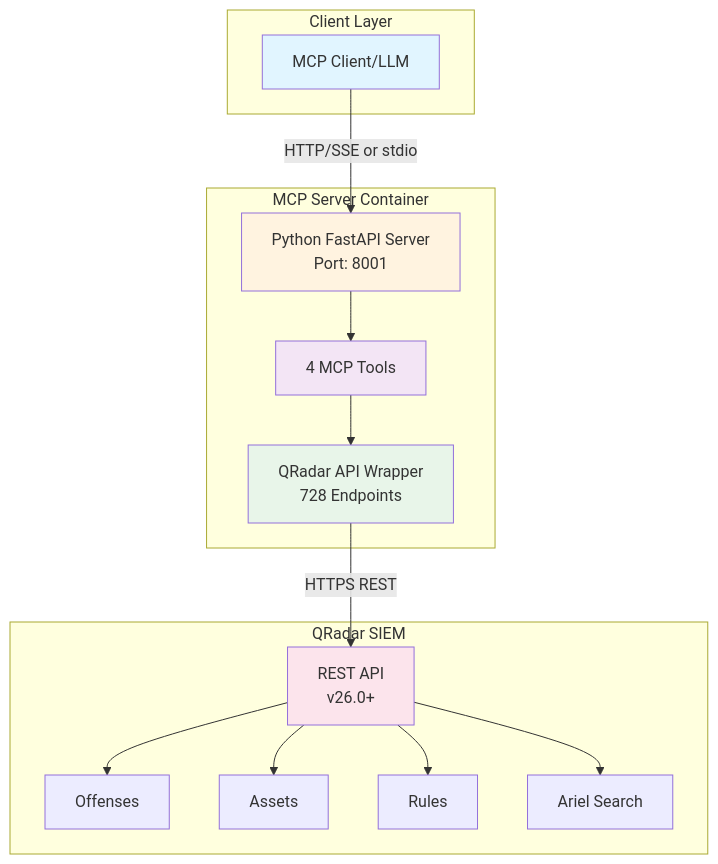
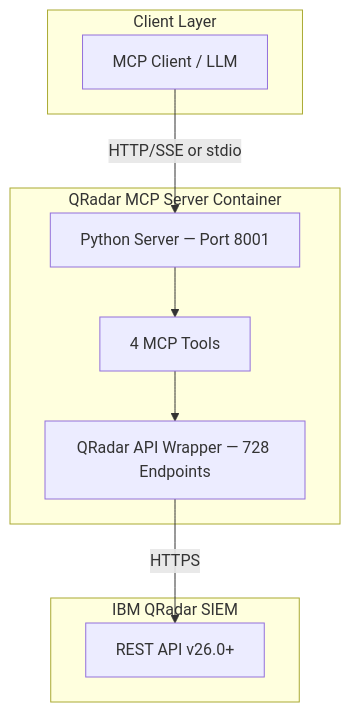
One commit to IBM/qradar-mcp-server changed the diagram in README.md. Above: the diagram before and after it, drawn with Mermaid. The commit also changed other lines of this file, not shown here.

First line of the commit message:
docs: refactor README with container-first tutorial

````diff
--- a/README.md
+++ b/README.md
@@ -45,35 +177,21 @@
 ```mermaid
 graph TB
     subgraph "Client Layer"
-        A[MCP Client/LLM] 
+        A[MCP Client / LLM]
     end
-    
-    subgraph "MCP Server Container"
-        B[Python FastAPI Server<br/>Port: 8001]
+
+    subgraph "QRadar MCP Server Container"
+        B[Python Server — Port 8001]
         C[4 MCP Tools]
-        D[QRadar API Wrapper<br/>728 Endpoints]
+        D[QRadar API Wrapper — 728 Endpoints]
     end
-    
-    subgraph "QRadar SIEM"
-        E[REST API<br/>v26.0+]
-        F[Offenses]
-        G[Assets]
-        H[Rules]
-        I[Ariel Search]
+
+    subgraph "IBM QRadar SIEM"
+        E[REST API v26.0+]
     end
-    
+
     A -->|HTTP/SSE or stdio| B
     B --> C
     C --> D
-    D -->|HTTPS REST| E
-    E --> F
-    E --> G
-    E --> H
-    E --> I
-    
-    style A fill:#e1f5ff
-    style B fill:#fff3e0
-    style C fill:#f3e5f5
-    style D fill:#e8f5e9
-    style E fill:#fce4ec
+    D -->|HTTPS| E
 ```
````
